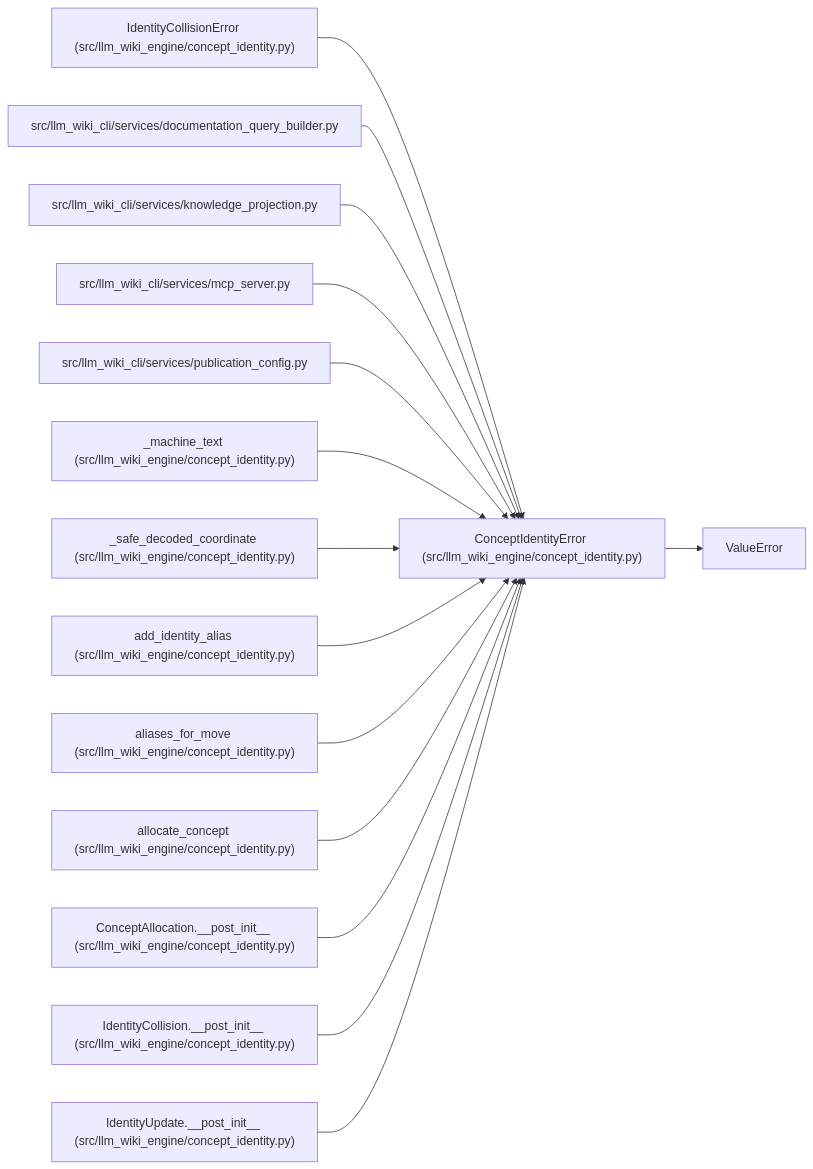
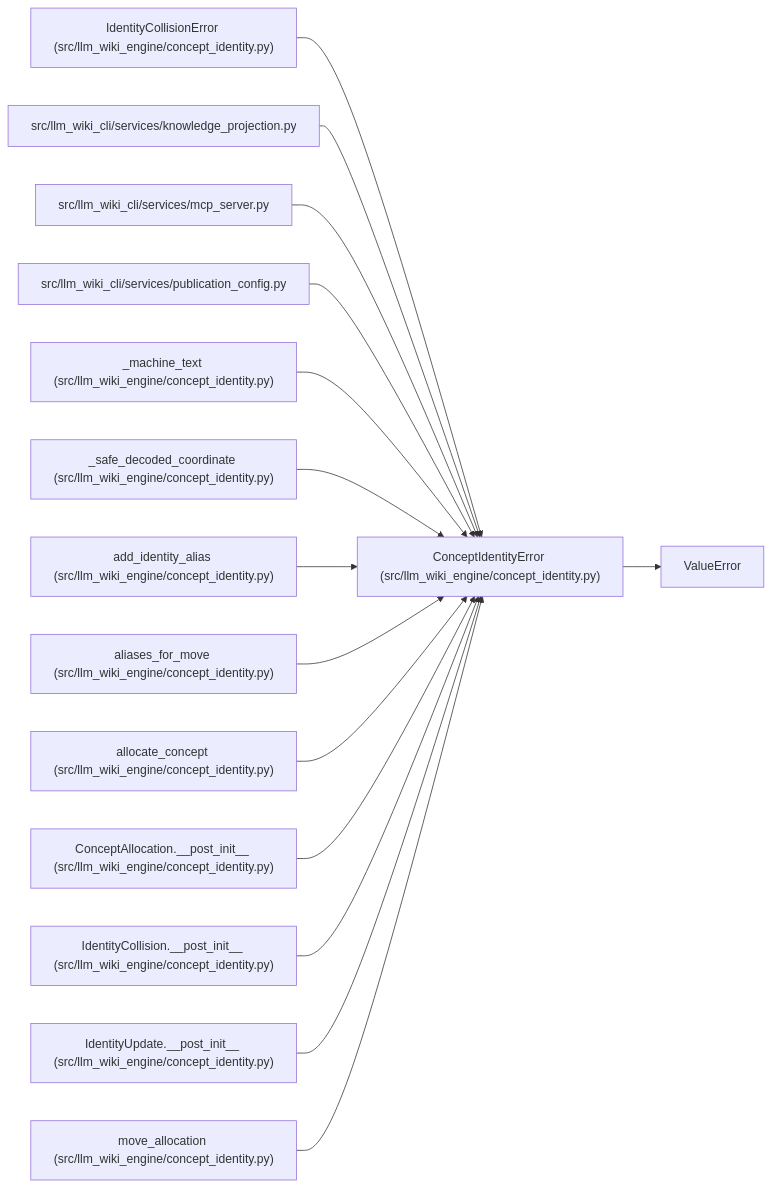
Before and after one commit to Denissvgn/python-wiki-llm: the diagram in docs/llm_wiki/entities/ConceptIdentityError.md, drawn with Mermaid. The commit also changed other lines of this file and 648 other files, not shown here.

Commit message:
docs: refresh the wiki for the engine task contract and search

````diff
--- a/docs/llm_wiki/entities/ConceptIdentityError.md
+++ b/docs/llm_wiki/entities/ConceptIdentityError.md
@@ -25,46 +25,46 @@
 ```mermaid
 flowchart LR
     n0["ConceptIdentityError (src/llm_wiki_engine/concept_identity.py)"]
     n1["ValueError"]
     n2["IdentityCollisionError (src/llm_wiki_engine/concept_identity.py)"]
-    n3["src/llm_wiki_cli/services/documentation_query_builder.py"]
-    n4["src/llm_wiki_cli/services/knowledge_projection.py"]
-    n5["src/llm_wiki_cli/services/mcp_server.py"]
-    n6["src/llm_wiki_cli/services/publication_config.py"]
-    n7["_machine_text (src/llm_wiki_engine/concept_identity.py)"]
-    n8["_safe_decoded_coordinate (src/llm_wiki_engine/concept_identity.py)"]
-    n9["add_identity_alias (src/llm_wiki_engine/concept_identity.py)"]
-    n10["aliases_for_move (src/llm_wiki_engine/concept_identity.py)"]
-    n11["allocate_concept (src/llm_wiki_engine/concept_identity.py)"]
-    n12["ConceptAllocation.__post_init__ (src/llm_wiki_engine/concept_identity.py)"]
-    n13["IdentityCollision.__post_init__ (src/llm_wiki_engine/concept_identity.py)"]
-    n14["IdentityUpdate.__post_init__ (src/llm_wiki_engine/concept_identity.py)"]
+    n3["src/llm_wiki_cli/services/knowledge_projection.py"]
+    n4["src/llm_wiki_cli/services/mcp_server.py"]
+    n5["src/llm_wiki_cli/services/publication_config.py"]
+    n6["_machine_text (src/llm_wiki_engine/concept_identity.py)"]
+    n7["_safe_decoded_coordinate (src/llm_wiki_engine/concept_identity.py)"]
+    n8["add_identity_alias (src/llm_wiki_engine/concept_identity.py)"]
+    n9["aliases_for_move (src/llm_wiki_engine/concept_identity.py)"]
+    n10["allocate_concept (src/llm_wiki_engine/concept_identity.py)"]
+    n11["ConceptAllocation.__post_init__ (src/llm_wiki_engine/concept_identity.py)"]
+    n12["IdentityCollision.__post_init__ (src/llm_wiki_engine/concept_identity.py)"]
+    n13["IdentityUpdate.__post_init__ (src/llm_wiki_engine/concept_identity.py)"]
+    n14["move_allocation (src/llm_wiki_engine/concept_identity.py)"]
     n0 --> n1
     n2 --> n0
     n3 --> n0
     n4 --> n0
     n5 --> n0
     n6 --> n0
     n7 --> n0
     n8 --> n0
     n9 --> n0
     n10 --> n0
     n11 --> n0
     n12 --> n0
     n13 --> n0
     n14 --> n0
     click n0 "../modules/concept_identity.md"
     click n2 "../modules/concept_identity.md"
-    click n3 "../modules/documentation_query_builder.md"
-    click n4 "../modules/knowledge_projection.md"
-    click n5 "../modules/mcp_server.md"
-    click n6 "../modules/publication_config.md"
+    click n3 "../modules/knowledge_projection.md"
+    click n4 "../modules/mcp_server.md"
+    click n5 "../modules/publication_config.md"
+    click n6 "../modules/concept_identity.md"
     click n7 "../modules/concept_identity.md"
     click n8 "../modules/concept_identity.md"
     click n9 "../modules/concept_identity.md"
     click n10 "../modules/concept_identity.md"
     click n11 "../modules/concept_identity.md"
     click n12 "../modules/concept_identity.md"
     click n13 "../modules/concept_identity.md"
     click n14 "../modules/concept_identity.md"
 ```
````
